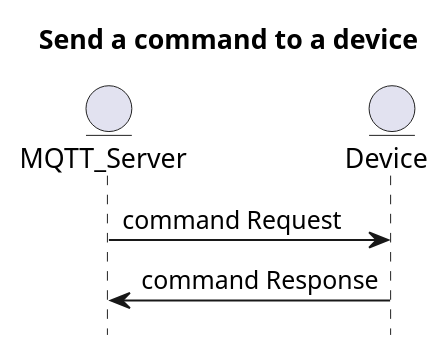
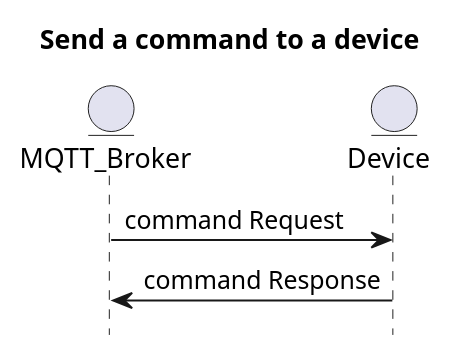
Before and after one commit to hectorgastaminza/Iot: the diagram in comiot/Diagrams/DSeqMQTTSendCmd.puml, drawn with PlantUML. The commit also changed 6 other files, not shown here.

```diff
--- a/comiot/Diagrams/DSeqMQTTSendCmd.puml
+++ b/comiot/Diagrams/DSeqMQTTSendCmd.puml
@@ -1,8 +1,8 @@
 @startuml
 hide footbox
 title Send a command to a device
-entity MQTT_Server
+entity MQTT_Broker
 entity Device
-MQTT_Server -> Device: command Request
-Device -> MQTT_Server: command Response
+MQTT_Broker -> Device: command Request
+Device -> MQTT_Broker: command Response
 @enduml
```
